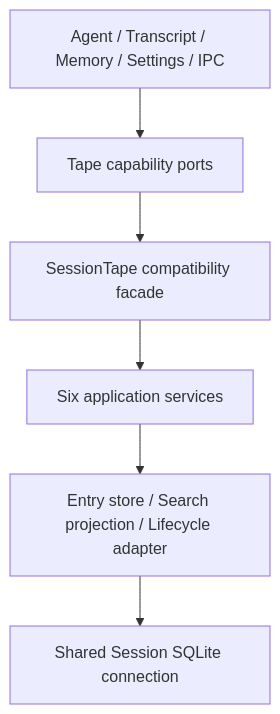
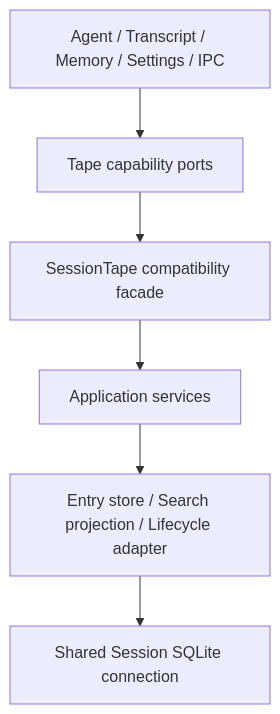
Before and after one commit to zerob13/deepchat: the diagram in docs/architecture/tape-system.md, drawn with Mermaid. The commit also changed other lines of this file and 6 other files, not shown here.

````diff
--- a/docs/architecture/tape-system.md
+++ b/docs/architecture/tape-system.md
@@ -24,8 +30,8 @@
 ```mermaid
 flowchart TD
     Consumers["Agent / Transcript / Memory / Settings / IPC"] --> Ports["Tape capability ports"]
     Ports --> Facade["SessionTape compatibility facade"]
-    Facade --> Services["Six application services"]
+    Facade --> Services["Application services"]
     Services --> Stores["Entry store / Search projection / Lifecycle adapter"]
     Stores --> SQLite["Shared Session SQLite connection"]
 ```
````
